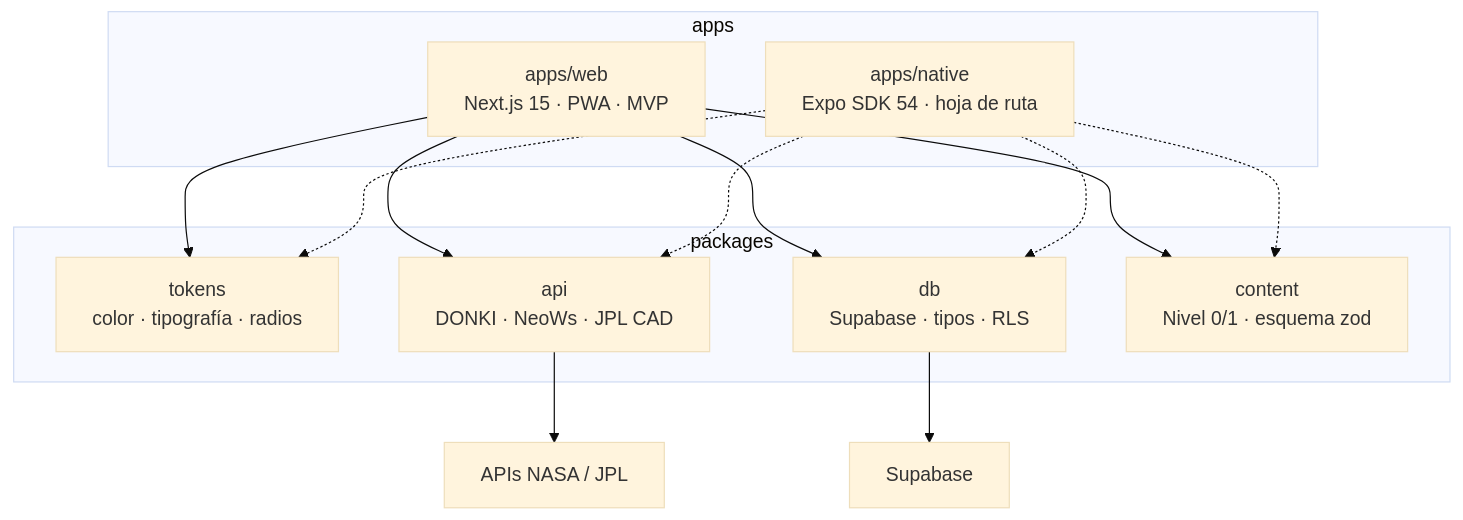
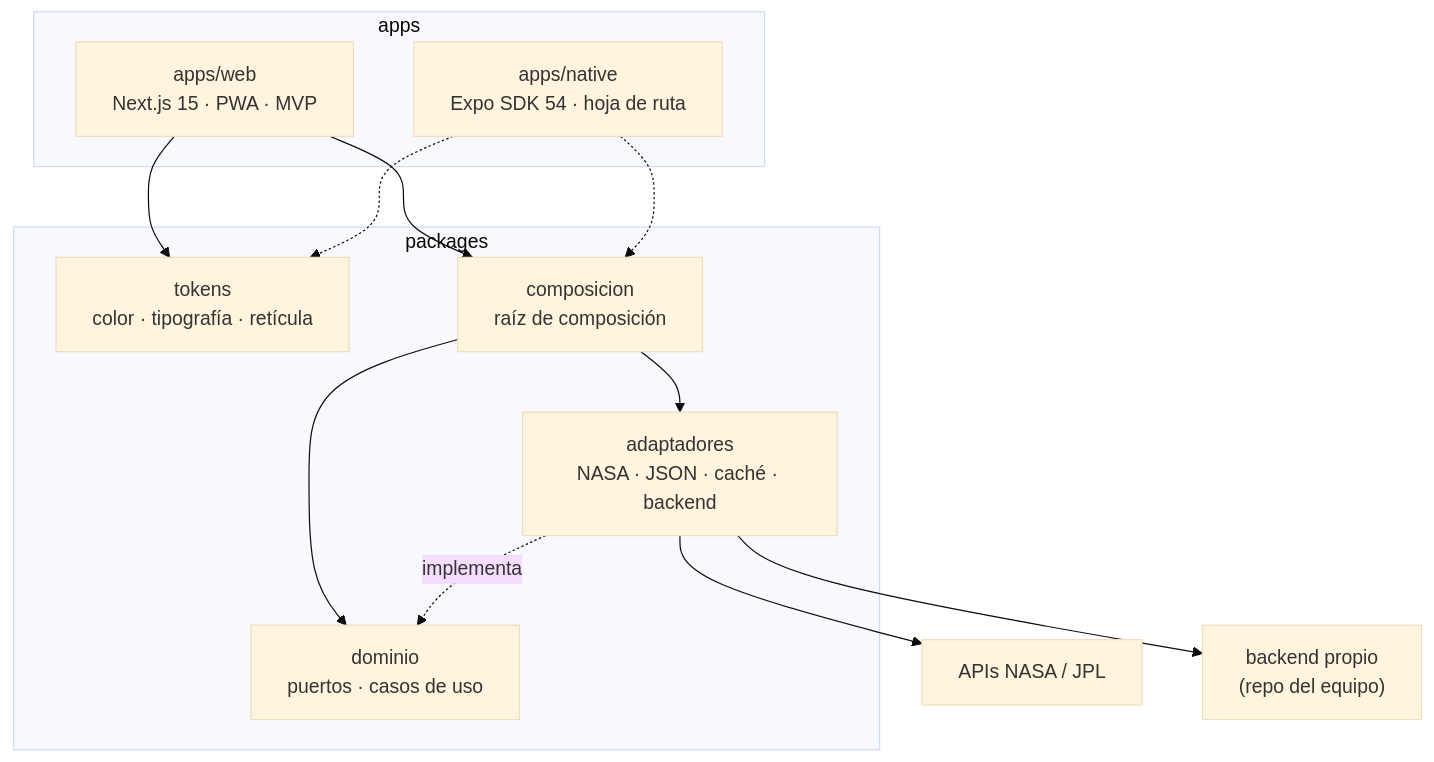
One commit to SoftTeam-BrodtHackaton/killafront changed the diagram in docs/arquitectura-frontend.md. Above: the diagram before and after it, drawn with Mermaid (base theme). The commit also changed other lines of this file and 3 other files, not shown here.

````diff
--- a/docs/arquitectura-frontend.md
+++ b/docs/arquitectura-frontend.md
@@ -19,17 +19,19 @@
 ```mermaid
 flowchart TB
   subgraph apps
     W["apps/web<br/>Next.js 15 · PWA · MVP"]
     N["apps/native<br/>Expo SDK 54 · hoja de ruta"]
   end
   subgraph packages
-    TK["tokens<br/>color · tipografía · radios"]
-    AP["api<br/>DONKI · NeoWs · JPL CAD"]
-    DB["db<br/>Supabase · tipos · RLS"]
-    CT["content<br/>Nivel 0/1 · esquema zod"]
+    TK["tokens<br/>color · tipografía · retícula"]
+    CO["composicion<br/>raíz de composición"]
+    DO["dominio<br/>puertos · casos de uso"]
+    AD["adaptadores<br/>NASA · JSON · caché · backend"]
   end
-  W --> TK & AP & DB & CT
-  N -.-> TK & AP & DB & CT
-  AP --> EXT["APIs NASA / JPL"]
-  DB --> SB["Supabase"]
+  W --> TK & CO
+  N -.-> TK & CO
+  CO --> DO & AD
+  AD -.implementa.-> DO
+  AD --> EXT["APIs NASA / JPL"]
+  AD --> BK["backend propio<br/>(repo del equipo)"]
 ```
````
